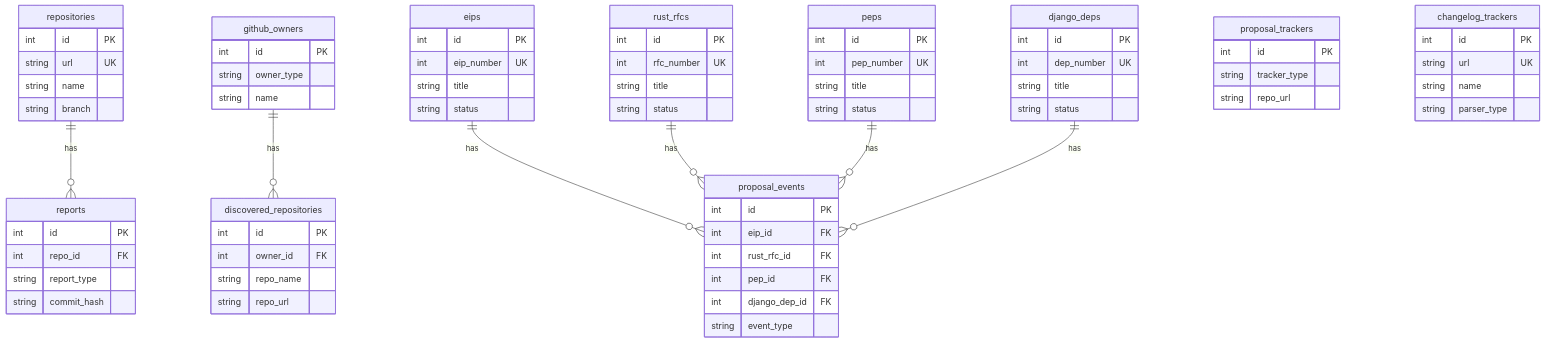
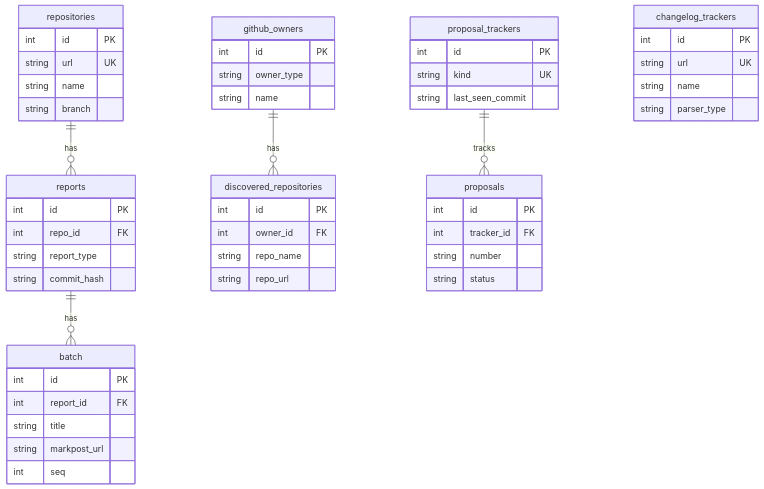
Before and after one commit to jukanntenn/progress: the diagram in specs/backend/database-schema.md, drawn with Mermaid. The commit also changed other lines of this file, not shown here.

Commit message:
docs(db): sync schema doc with proposal refactor and batch table

```diff
--- a/specs/backend/database-schema.md
+++ b/specs/backend/database-schema.md
@@ -8,10 +8,8 @@
 erDiagram
     repositories ||--o{ reports : "has"
     github_owners ||--o{ discovered_repositories : "has"
-    eips ||--o{ proposal_events : "has"
-    rust_rfcs ||--o{ proposal_events : "has"
-    peps ||--o{ proposal_events : "has"
-    django_deps ||--o{ proposal_events : "has"
+    proposal_trackers ||--o{ proposals : "tracks"
+    reports ||--o{ batch : "has"
 
     repositories {
         int id PK
@@ -42,45 +40,23 @@
 
     proposal_trackers {
         int id PK
-        string tracker_type
-        string repo_url
+        string kind UK
+        string last_seen_commit
     }
 
-    eips {
+    proposals {
         int id PK
-        int eip_number UK
-        string title
+        int tracker_id FK
+        string number
         string status
     }
 
-    rust_rfcs {
+    batch {
         int id PK
-        int rfc_number UK
+        int report_id FK
         string title
-        string status
-    }
-
-    peps {
-        int id PK
-        int pep_number UK
-        string title
-        string status
-    }
-
-    django_deps {
-        int id PK
-        int dep_number UK
-        string title
-        string status
-    }
-
-    proposal_events {
-        int id PK
-        int eip_id FK
-        int rust_rfc_id FK
-        int pep_id FK
-        int django_dep_id FK
-        string event_type
+        string markpost_url
+        int seq
     }
 
     changelog_trackers {
```
